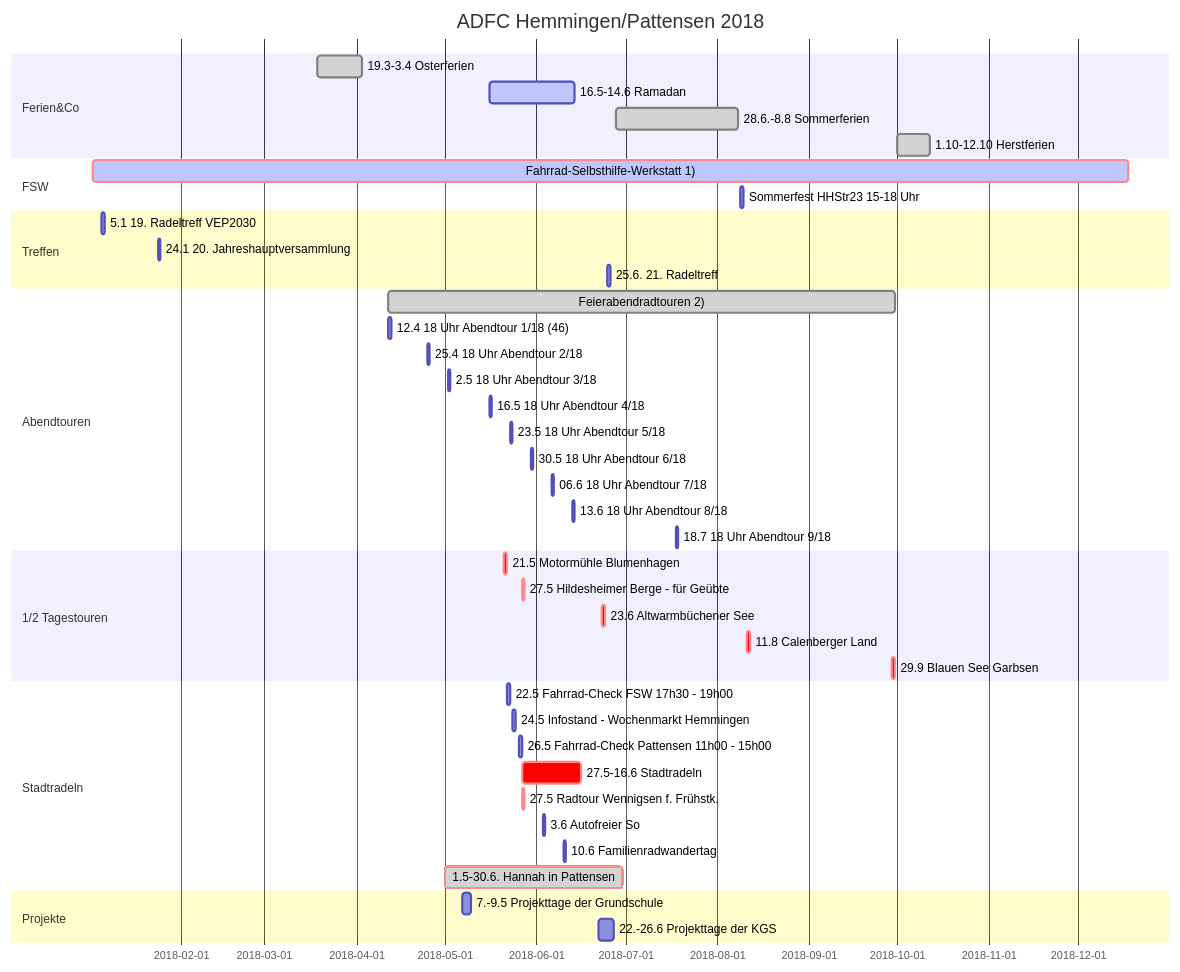
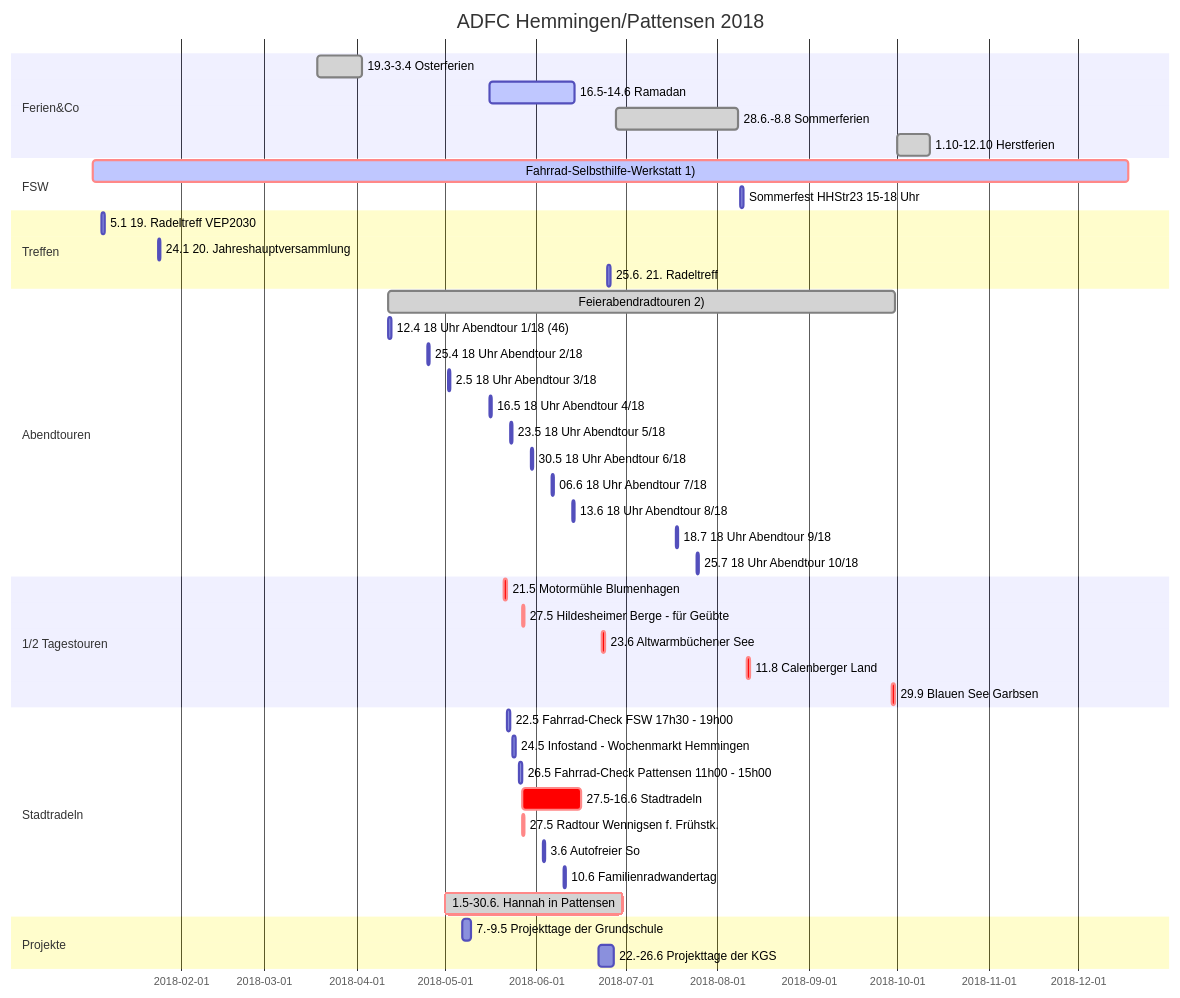
Before and after one commit to adfc-hemmingen-pattensen/adfc-hemmingen-pattensen.github.io: the diagram in index.md, drawn with Mermaid. The commit also changed other lines of this file and 2 other files, not shown here.

Commit message:
10te abendtour

````diff
--- a/index.md
+++ b/index.md
@@ -107,54 +107,55 @@
 ```mermaid
 gantt
   title ADFC Hemmingen/Pattensen 2018
   dateFormat  DD.MM.YY
 
 section Ferien&Co
   19.3-3.4 Osterferien                        :done,        19.03.18, 03.04.18
   16.5-14.6  Ramadan                          :active,done, 16.05.18, 14.06.18
   28.6.-8.8 Sommerferien                      :done,        28.06.18, 08.08.18
   1.10-12.10 Herstferien                      :done,        01.10.18, 12.10.18
 
 section FSW
   Fahrrad-Selbsthilfe-Werkstatt 1)            :crit,active, 02.01.18, 18.12.18
   Sommerfest HHStr23  15-18 Uhr      : 09.08.18, 1d
 
 section Treffen
   5.1 19. Radeltreff VEP2030        : 05.01.18, 1d
   24.1 20. Jahreshauptversammlung   : 24.01.18, 1d
   25.6. 21. Radeltreff              : 25.06.18, 1d
 
 section Abendtouren
   Feierabendradtouren 2)        :done, 12.04.18, 30.09.18
 12.4 18 Uhr Abendtour 1/18 (46) : 12.04.18,1d
 25.4 18 Uhr Abendtour 2/18    : 25.04.18,1d
 2.5 18 Uhr Abendtour 3/18     : 02.05.18,1d
 16.5 18 Uhr Abendtour 4/18     : 16.05.18,1d
 23.5 18 Uhr Abendtour 5/18      : 23.05.18,1d
 30.5 18 Uhr Abendtour 6/18      : 30.05.18,1d
 06.6 18 Uhr Abendtour 7/18      : 06.06.18,1d
 13.6 18 Uhr Abendtour 8/18      : 13.06.18,1d
 18.7 18 Uhr Abendtour 9/18      : 18.07.18,1d
+25.7 18 Uhr Abendtour 10/18      : 25.07.18,1d
 
 section 1/2 Tagestouren
   21.5 Motormühle Blumenhagen   :crit, 21.05.18,1d
   27.5 Hildesheimer Berge - für Geübte :crit, 27.05.18, 1d
   23.6 Altwarmbüchener See      :crit, 23.06.18,1d
   11.8 Calenberger Land         :crit, 11.08.18,1d
   29.9 Blauen See Garbsen       :crit, 29.09.18,1d
 
 
 section Stadtradeln
   22.5 Fahrrad-Check FSW 17h30 - 19h00                     :             22.05.18, 1d
   24.5 Infostand - Wochenmarkt Hemmingen : 24.05.18,1d
   26.5 Fahrrad-Check Pattensen 11h00 - 15h00              :             26.05.18, 1d
   27.5-16.6 Stadtradeln                       : crit,       27.05.18, 16.06.18
   27.5 Radtour Wennigsen f. Frühstk.          : crit,       27.05.18, 1d
   3.6 Autofreier So                           :             03.06.18, 1d
   10.6 Familienradwandertag                   :             10.06.18, 1d
   1.5-30.6.  Hannah in Pattensen              :crit, done,  01.05.18, 30.06.18
 
 section Projekte
   7.-9.5 Projekttage der Grundschule      :07.05.18, 3d
   22.-26.6 Projekttage der KGS      :22.06.18, 5d
 ```
````
